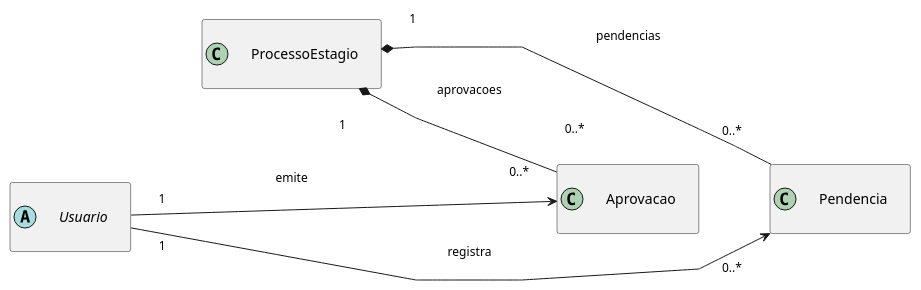
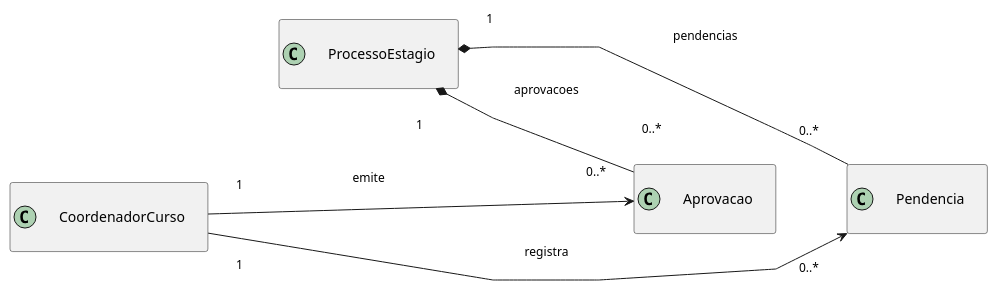
The sixth of 11 diagrams in docs/Elaboracao/diagrma_de_classes.md (Projetos-de-Extensao/PBE_26.1_8002_I), drawn with PlantUML before and after one commit. The commit also changed other lines of this file, not shown here.

Commit message:
docs: ajusta diagrama de classes para coordenador do curso

````diff
--- a/docs/Elaboracao/diagrma_de_classes.md
+++ b/docs/Elaboracao/diagrma_de_classes.md
@@ -187,25 +188,25 @@
 ```puml
 @startuml
 left to right direction
 hide empty members
 skinparam classAttributeIconSize 0
 skinparam linetype polyline
 skinparam nodesep 70
 skinparam ranksep 70
 skinparam Padding 20
 skinparam ArrowFontSize 12
 
-abstract class Usuario
+class CoordenadorCurso
 class ProcessoEstagio
 class Aprovacao
 class Pendencia
 
-Usuario "1" --> "0..*" Aprovacao : emite
-Usuario "1" --> "0..*" Pendencia : registra
+CoordenadorCurso "1" --> "0..*" Aprovacao : emite
+CoordenadorCurso "1" --> "0..*" Pendencia : registra
 ProcessoEstagio "1" *-- "0..*" Aprovacao : aprovacoes
 ProcessoEstagio "1" *-- "0..*" Pendencia : pendencias
 
-Usuario -[hidden]- ProcessoEstagio
+CoordenadorCurso -[hidden]- ProcessoEstagio
 Aprovacao -[hidden]down- Pendencia
 @enduml
 ```
````
